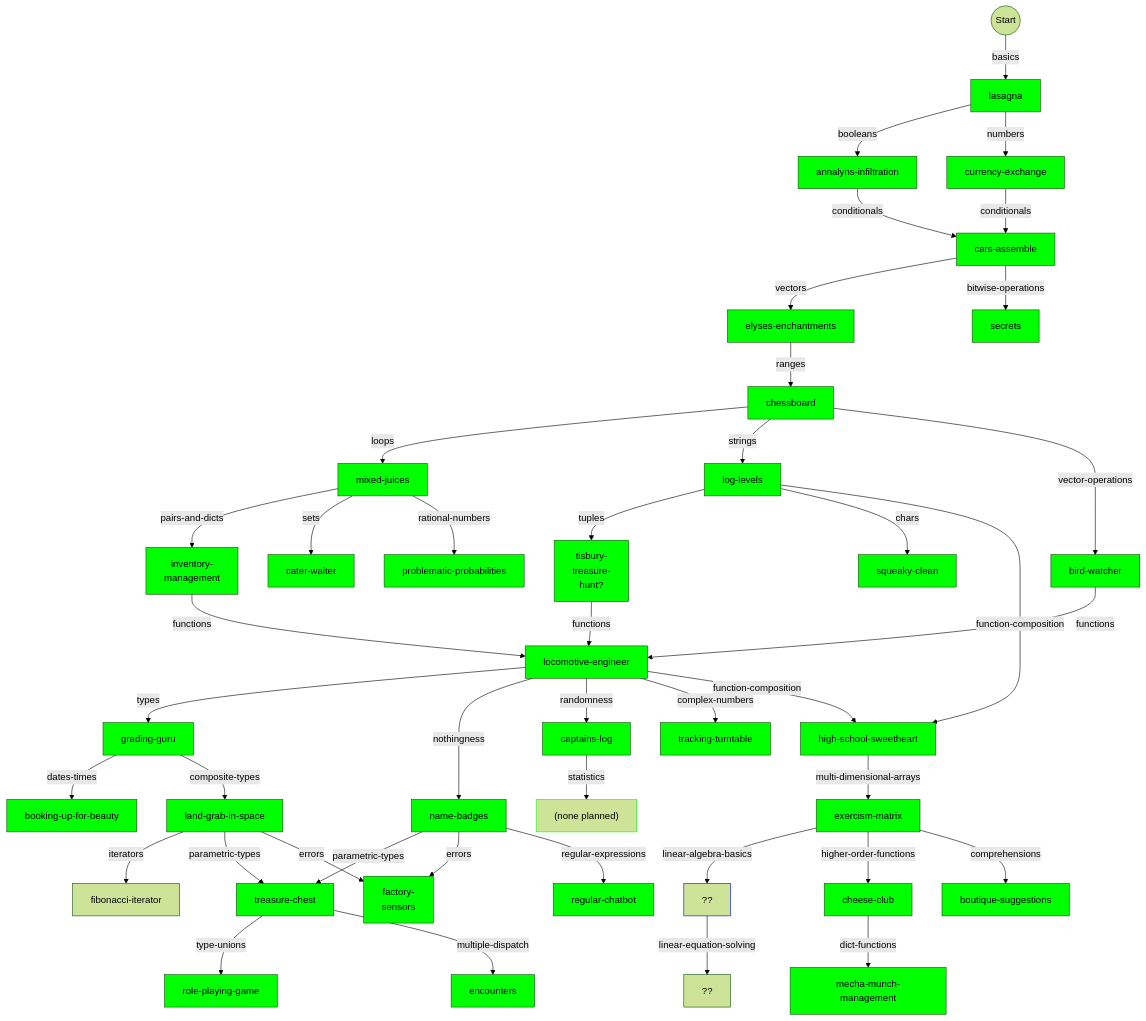
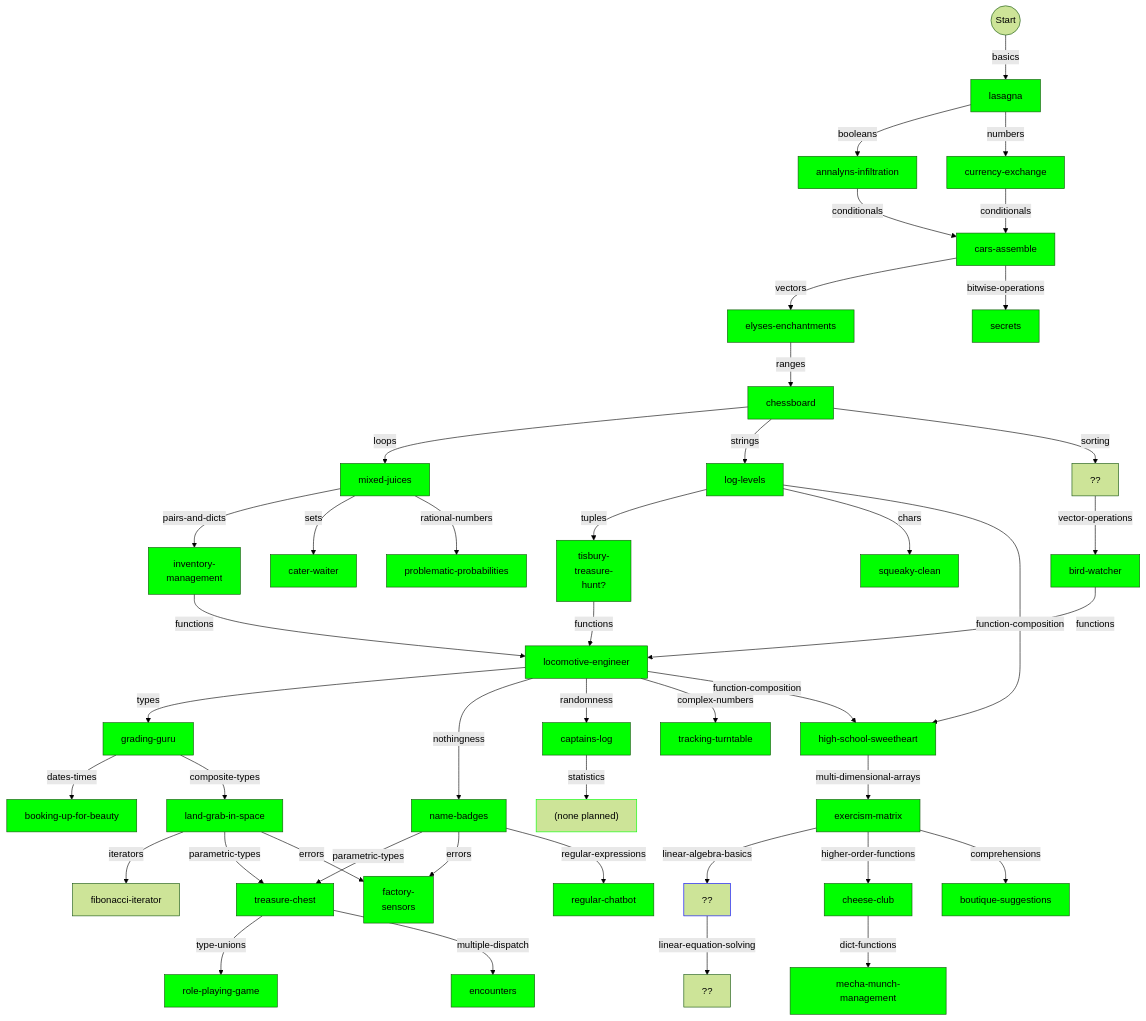
The diagram in julia/flowchart.md (colinleach/learning-track-doodles), drawn with Mermaid (forest theme) before and after one commit. The commit also changed 101 other files, not shown here.

```diff
--- a/julia/flowchart.md
+++ b/julia/flowchart.md
@@ -57,7 +57,10 @@
 ranges --strings--> strings["log-levels"]
 style strings fill:#0F0
 
-ranges --vector-operations--> vector-operations["bird-watcher"]
+ranges --sorting--> sorting["??"]
+%%style sorting fill:#0F0
+
+sorting --vector-operations--> vector-operations["bird-watcher"]
 style vector-operations fill:#0f0
 
 functions --nothingness--> nothingness["name-badges"]
```
